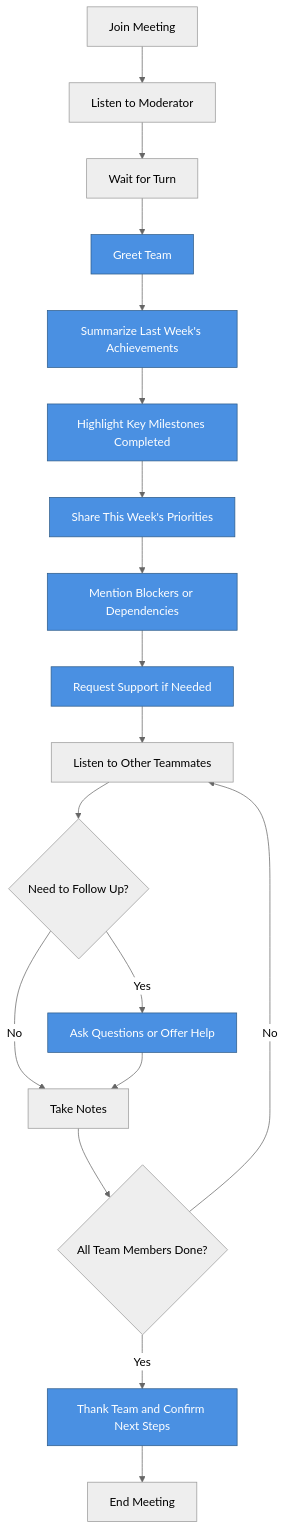
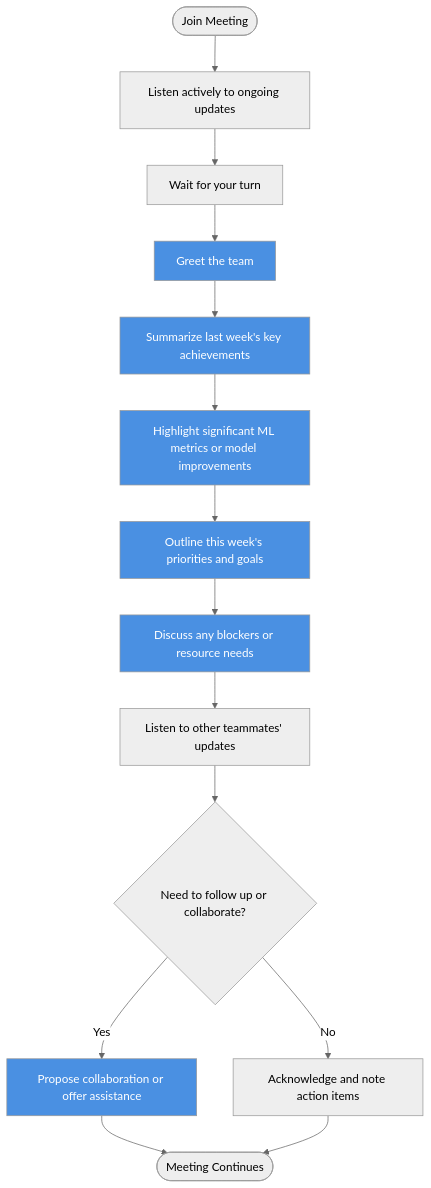
The second of 4 diagrams in examples/task-stage-1-output.md (nordicsushi/Efficient-communication-at-workplace), drawn with Mermaid (neutral theme) before and after one commit. The commit also changed other lines of this file and 3 other files, not shown here.

````diff
--- a/examples/task-stage-1-output.md
+++ b/examples/task-stage-1-output.md
@@ -45,29 +37,23 @@
 ```mermaid
 graph TD
-    A[Join Meeting] --> B[Listen to Moderator]
-    B --> C[Wait for Turn]
-    C --> D[Greet Team]
-    D --> E[Summarize Last Week's Achievements]
-    E --> F[Highlight Key Milestones Completed]
-    F --> G[Share This Week's Priorities]
-    G --> H[Mention Blockers or Dependencies]
-    H --> I[Request Support if Needed]
-    I --> J[Listen to Other Teammates]
-    J --> K{Need to Follow Up?}
-    K -->|Yes| L[Ask Questions or Offer Help]
-    K -->|No| M[Take Notes]
-    L --> M
-    M --> N{All Team Members Done?}
-    N -->|No| J
-    N -->|Yes| O[Thank Team and Confirm Next Steps]
-    O --> P[End Meeting]
-    
-    style D fill:#4A90E2,stroke:#2E5C8A,color:#fff
-    style E fill:#4A90E2,stroke:#2E5C8A,color:#fff
-    style F fill:#4A90E2,stroke:#2E5C8A,color:#fff
-    style G fill:#4A90E2,stroke:#2E5C8A,color:#fff
-    style H fill:#4A90E2,stroke:#2E5C8A,color:#fff
-    style I fill:#4A90E2,stroke:#2E5C8A,color:#fff
-    style L fill:#4A90E2,stroke:#2E5C8A,color:#fff
-    style O fill:#4A90E2,stroke:#2E5C8A,color:#fff
+    Start([Join Meeting]) --> A1[Listen actively to ongoing updates]
+    A1 --> A2[Wait for your turn]
+    A2 --> B1[Greet the team]
+    B1 --> B2[Summarize last week's key achievements]
+    B2 --> B3[Highlight significant ML metrics or model improvements]
+    B3 --> B4[Outline this week's priorities and goals]
+    B4 --> B5[Discuss any blockers or resource needs]
+    B5 --> C1[Listen to other teammates' updates]
+    C1 --> C2{Need to follow up or collaborate?}
+    C2 -->|Yes| C3[Propose collaboration or offer assistance]
+    C2 -->|No| C4[Acknowledge and note action items]
+    C3 --> End([Meeting Continues])
+    C4 --> End
+
+    style B1 fill:#4A90E2,color:#fff
+    style B2 fill:#4A90E2,color:#fff
+    style B3 fill:#4A90E2,color:#fff
+    style B4 fill:#4A90E2,color:#fff
+    style B5 fill:#4A90E2,color:#fff
+    style C3 fill:#4A90E2,color:#fff
 ```
````
